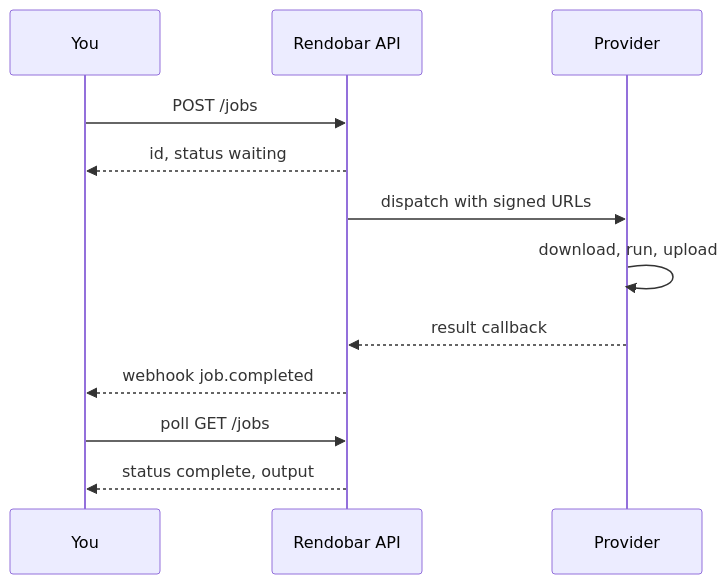
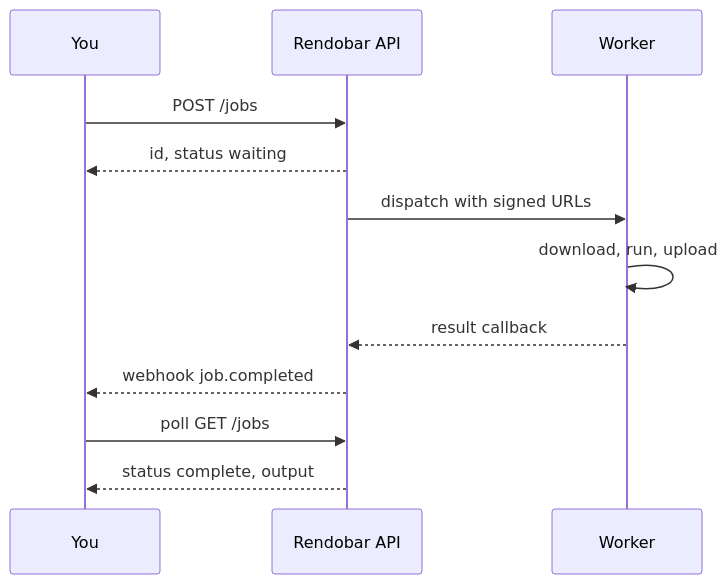
The first of 2 diagrams in concepts/job.mdx (rendobar/docs), drawn with Mermaid before and after one commit. The commit also changed other lines of this file and 3 other files, not shown here.

````diff
--- a/concepts/job.mdx
+++ b/concepts/job.mdx
@@ -32,14 +32,14 @@
 ```mermaid
 sequenceDiagram
     participant You
     participant API as Rendobar API
-    participant Provider
+    participant Worker
     You->>API: POST /jobs
     API-->>You: id, status waiting
-    API->>Provider: dispatch with signed URLs
-    Provider->>Provider: download, run, upload
-    Provider-->>API: result callback
+    API->>Worker: dispatch with signed URLs
+    Worker->>Worker: download, run, upload
+    Worker-->>API: result callback
     API-->>You: webhook job.completed
     You->>API: poll GET /jobs
     API-->>You: status complete, output
 ```
````
